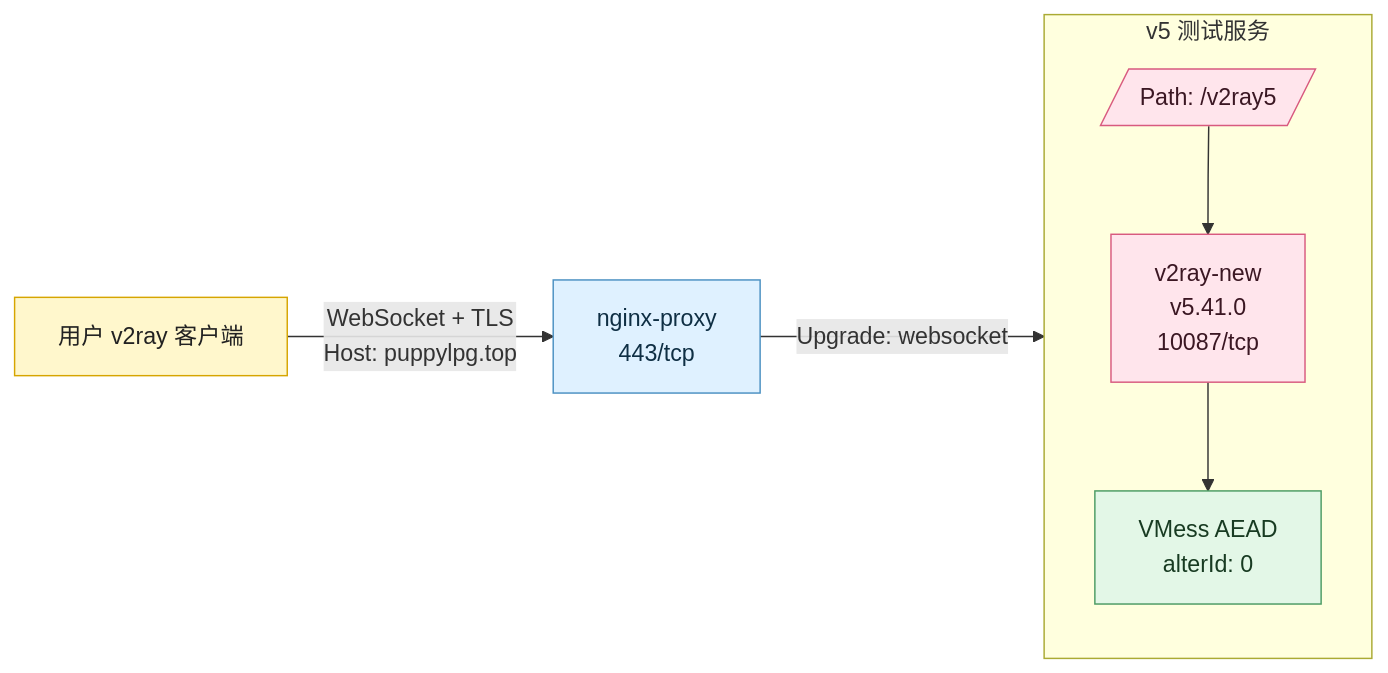
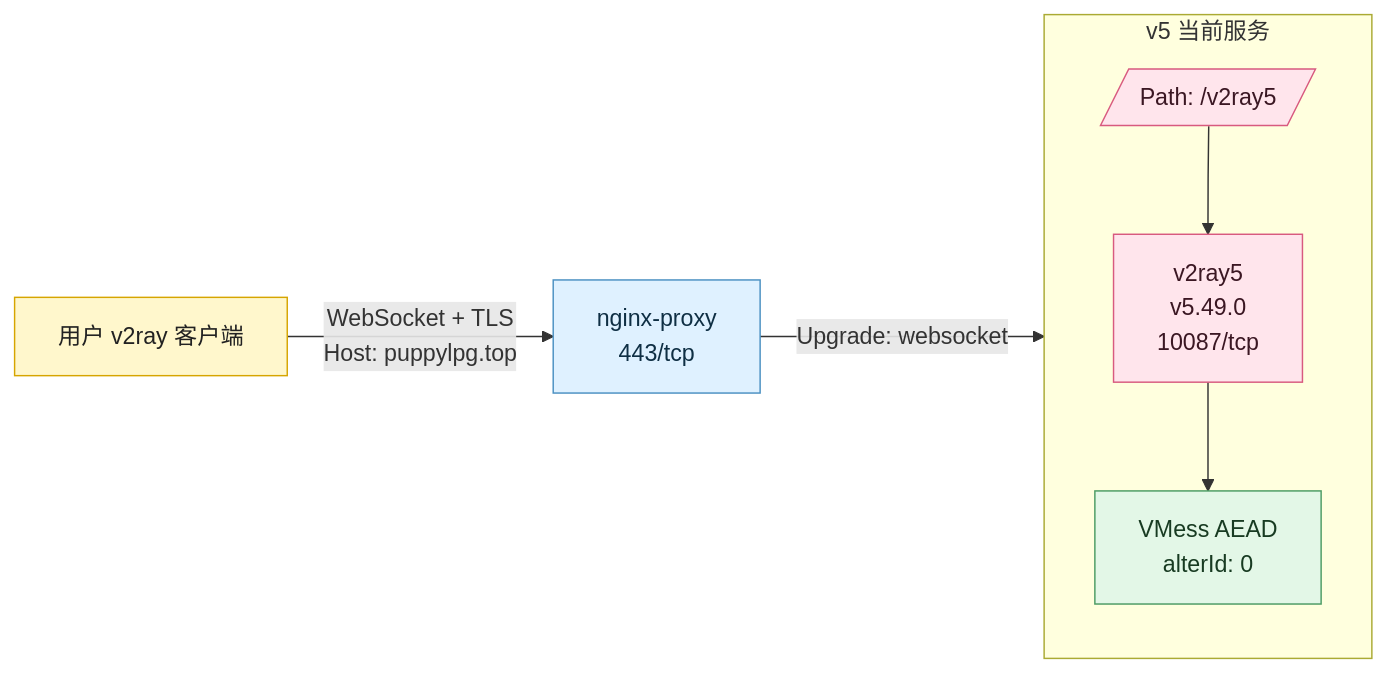
Diagram 12 of 12 in _posts/2026-06-08-vps-docker-panorama-v2ray-v4-to-v5-upgrade.md (puppylpg/puppylpg.github.io), drawn with Mermaid before and after one commit. The commit also changed other lines of this file, not shown here.

Commit message:
Update V2Ray 5 Docker article

````diff
--- a/_posts/2026-06-08-vps-docker-panorama-v2ray-v4-to-v5-upgrade.md
+++ b/_posts/2026-06-08-vps-docker-panorama-v2ray-v4-to-v5-upgrade.md
@@ -555,25 +519,25 @@
 ```mermaid
 flowchart LR
     client[用户 v2ray 客户端]
     proxy[nginx-proxy<br/>443/tcp]
 
-    subgraph new[v5 测试服务]
+    subgraph new[v5 当前服务]
         direction TB
         path[/Path: /v2ray5/]
-        v5[v2ray-new<br/>v5.41.0<br/>10087/tcp]
+        v5[v2ray5<br/>v5.49.0<br/>10087/tcp]
         aead[VMess AEAD<br/>alterId: 0]
         path --> v5 --> aead
     end
 
     client -->|WebSocket + TLS<br/>Host: puppylpg.top| proxy
     proxy -->|Upgrade: websocket| path
 
     classDef user fill:#fff7cc,stroke:#d6a500,color:#222;
     classDef gateway fill:#dff1ff,stroke:#4a90c2,color:#0f2f44;
     classDef app fill:#ffe5ec,stroke:#d85a7f,color:#3b1723;
     classDef ok fill:#e3f7e7,stroke:#4b9b63,color:#183b22;
     class client user;
     class proxy gateway;
     class path,v5 app;
     class aead ok;
 ```
````
